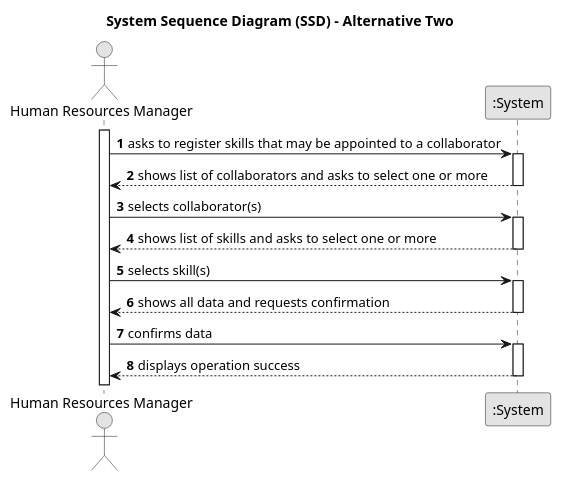
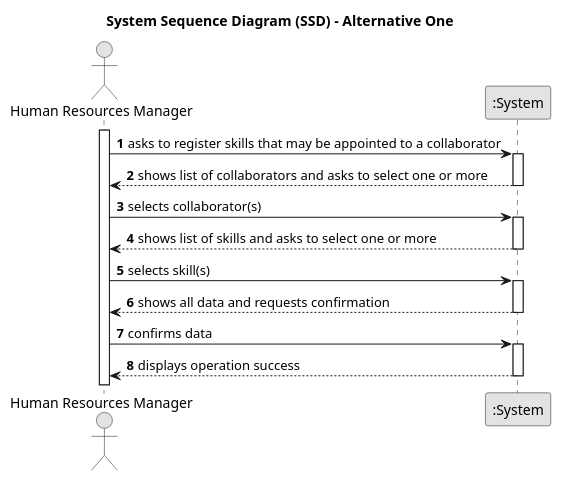
The diagram in docs/sprint3/us004/01.requirements-engineering/puml/us004-system-sequence-diagram-alternative-two.puml (tiagosoa/lei-24-s2-1dgh-g073), drawn with PlantUML before and after one commit. The commit also changed 21 other files, not shown here.

```diff
--- a/docs/sprint3/us004/01.requirements-engineering/puml/us004-system-sequence-diagram-alternative-two.puml
+++ b/docs/sprint3/us004/01.requirements-engineering/puml/us004-system-sequence-diagram-alternative-two.puml
@@ -1,39 +1,39 @@
 @startuml
 skinparam monochrome true
 skinparam packageStyle rectangle
 skinparam shadowing false
 
-title System Sequence Diagram (SSD) - Alternative Two
+title System Sequence Diagram (SSD) - Alternative One
 
 autonumber
 
 actor "Human Resources Manager" as HRM
 participant ":System" as System
 
 activate HRM
 
     HRM -> System : asks to register skills that may be appointed to a collaborator
     activate System
 
     System --> HRM : shows list of collaborators and asks to select one or more
     deactivate System
 
     HRM -> System : selects collaborator(s)
     activate System
 
     System --> HRM : shows list of skills and asks to select one or more
     deactivate System
 
     HRM -> System : selects skill(s)
     activate System
 
     System --> HRM : shows all data and requests confirmation
     deactivate System
 
     HRM -> System : confirms data
     activate System
 
     System --> HRM : displays operation success
     deactivate System
 
 @enduml
```
